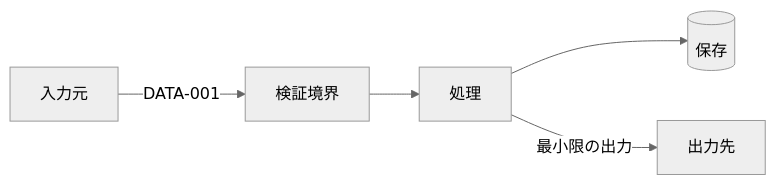
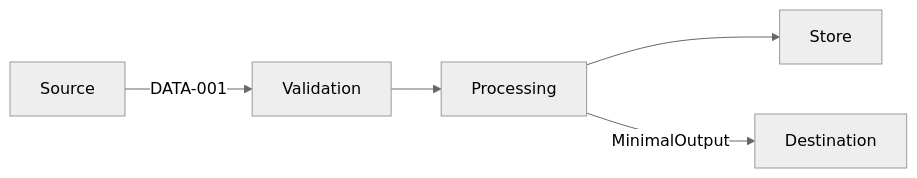
Before and after one commit to techbeansjp-free/AGENTS.md: the diagram in .agent-skill-chain/templates/specs/09_基盤・ネットワーク/03_データフロー.md, drawn with Mermaid (neutral theme). The commit also changed 88 other files, not shown here.

````diff
--- a/.agent-skill-chain/templates/specs/09_基盤・ネットワーク/03_データフロー.md
+++ b/.agent-skill-chain/templates/specs/09_基盤・ネットワーク/03_データフロー.md
@@ -3,7 +3,7 @@
 ```mermaid
 flowchart LR
-  source[入力元] -->|DATA-001| validation[検証境界]
-  validation --> processing[処理]
-  processing --> store[(保存)]
-  processing -->|最小限の出力| destination[出力先]
+  Source -->|DATA-001| Validation
+  Validation --> Processing
+  Processing --> Store
+  Processing -->|MinimalOutput| Destination
 ```
````
